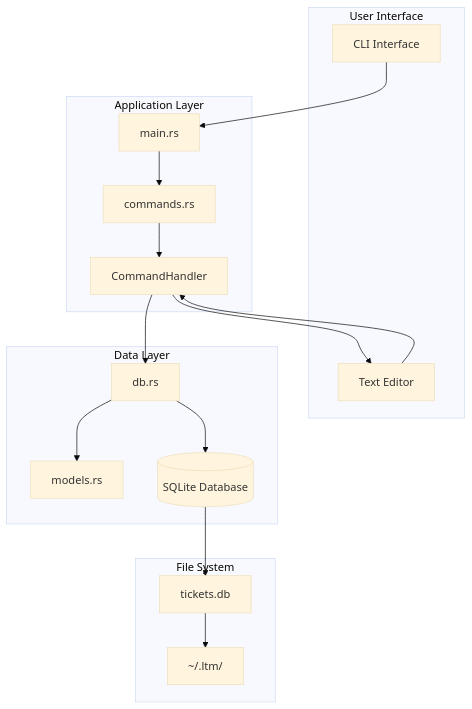
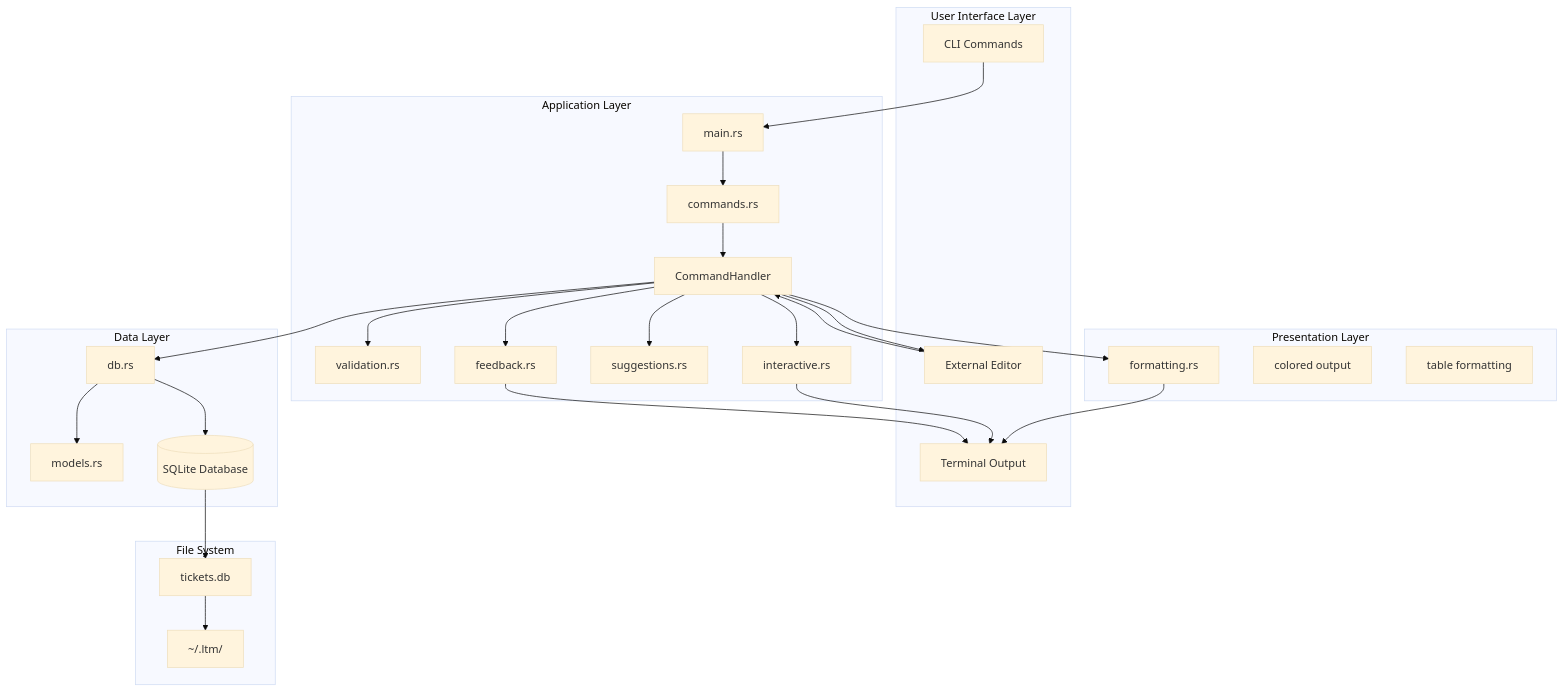
The first of 14 diagrams in architecture.md (teranth/ltm), drawn with Mermaid (base theme) before and after one commit. The commit also changed other lines of this file and 3 other files, not shown here.

````diff
--- a/architecture.md
+++ b/architecture.md
@@ -9,36 +27,57 @@
 ```mermaid
 graph TB
-    subgraph "User Interface"
-        CLI[CLI Interface]
-        EDITOR[Text Editor]
+    subgraph "User Interface Layer"
+        CLI[CLI Commands]
+        EDITOR[External Editor]
+        TERM[Terminal Output]
     end
 
     subgraph "Application Layer"
         MAIN[main.rs]
         CMD[commands.rs]
         HANDLER[CommandHandler]
+        VALID[validation.rs]
+        INTER[interactive.rs]
+        SUGGEST[suggestions.rs]
+        FEEDBACK[feedback.rs]
     end
 
     subgraph "Data Layer"
         DB[db.rs]
         MODELS[models.rs]
         SQLITE[(SQLite Database)]
+    end
+
+    subgraph "Presentation Layer"
+        FORMAT[formatting.rs]
+        COLORS[colored output]
+        TABLES[table formatting]
     end
 
     subgraph "File System"
         HOME[~/.ltm/]
         DBFILE[tickets.db]
     end
 
     CLI --> MAIN
     MAIN --> CMD
     CMD --> HANDLER
+    HANDLER --> VALID
+    HANDLER --> INTER
+    HANDLER --> SUGGEST
+    HANDLER --> FEEDBACK
     HANDLER --> DB
+    HANDLER --> FORMAT
+    
     DB --> MODELS
     DB --> SQLITE
     SQLITE --> DBFILE
     DBFILE --> HOME
-
+    
+    FORMAT --> TERM
+    INTER --> TERM
+    FEEDBACK --> TERM
+    
     HANDLER --> EDITOR
     EDITOR --> HANDLER
 ```
````
